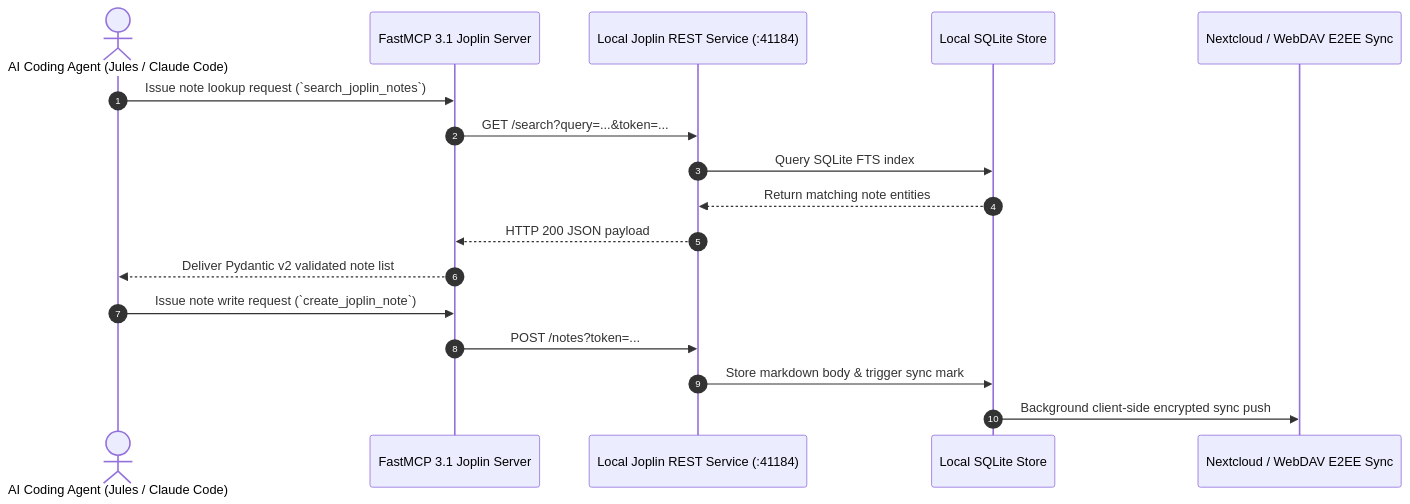
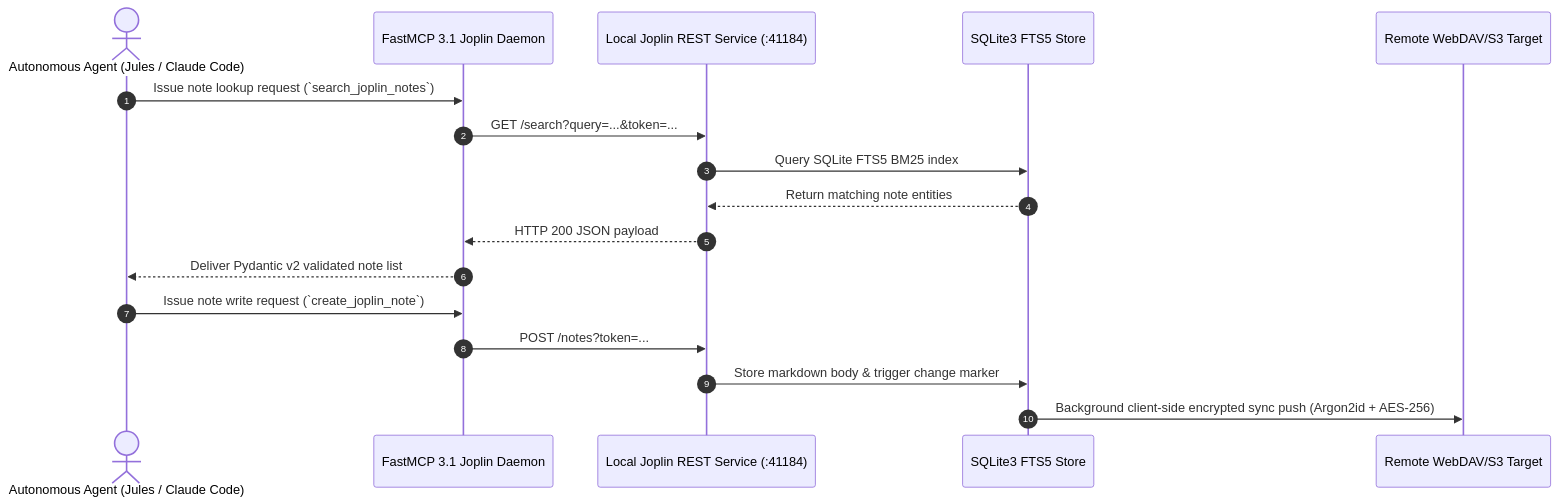
Before and after one commit to joanmarcriera/Home-office-automations: the second of 2 diagrams in docs/tools/ai_knowledge/joplin.md, drawn with Mermaid. The commit also changed other lines of this file and 5 other files, not shown here.

````diff
--- a/docs/tools/ai_knowledge/joplin.md
+++ b/docs/tools/ai_knowledge/joplin.md
@@ -60,20 +98,20 @@
 ```mermaid
 sequenceDiagram
     autonumber
-    actor Agent as AI Coding Agent (Jules / Claude Code)
-    participant MCP as FastMCP 3.1 Joplin Server
+    actor Agent as Autonomous Agent (Jules / Claude Code)
+    participant MCP as FastMCP 3.1 Joplin Daemon
     participant API as Local Joplin REST Service (:41184)
-    participant DB as Local SQLite Store
-    participant Sync as Nextcloud / WebDAV E2EE Sync
+    participant DB as SQLite3 FTS5 Store
+    participant Sync as Remote WebDAV/S3 Target
 
     Agent->>MCP: Issue note lookup request (`search_joplin_notes`)
     MCP->>API: GET /search?query=...&token=...
-    API->>DB: Query SQLite FTS index
+    API->>DB: Query SQLite FTS5 BM25 index
     DB-->>API: Return matching note entities
     API-->>MCP: HTTP 200 JSON payload
     MCP-->>Agent: Deliver Pydantic v2 validated note list
     Agent->>MCP: Issue note write request (`create_joplin_note`)
     MCP->>API: POST /notes?token=...
-    API->>DB: Store markdown body & trigger sync mark
-    DB->>Sync: Background client-side encrypted sync push
+    API->>DB: Store markdown body & trigger change marker
+    DB->>Sync: Background client-side encrypted sync push (Argon2id + AES-256)
 ```
````
